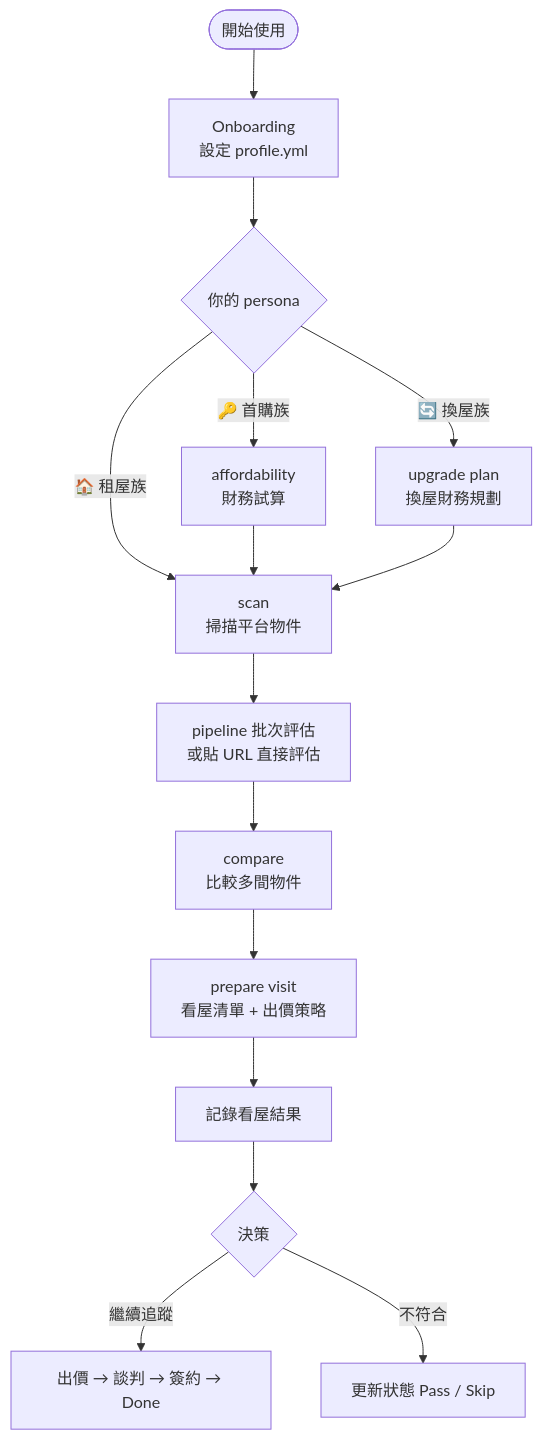
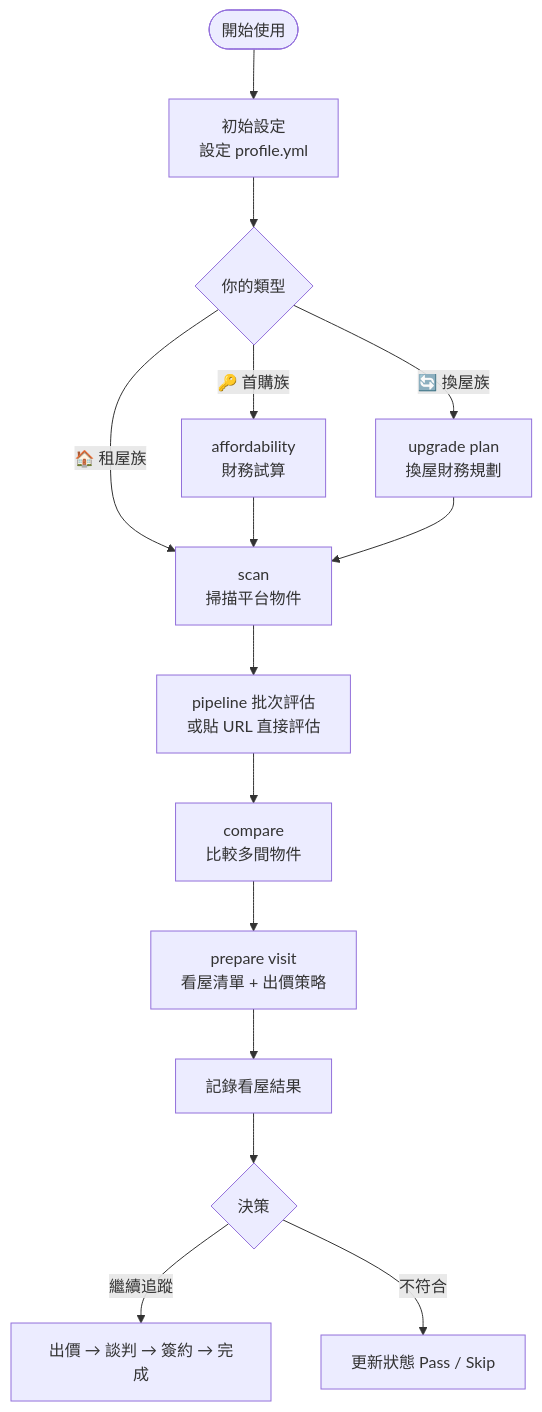
Before and after one commit to kylinfish/tw-house-ops: the first of 7 diagrams in TUTORIAL.md, drawn with Mermaid. The commit also changed other lines of this file and 1 other file, not shown here.

````diff
--- a/TUTORIAL.md
+++ b/TUTORIAL.md
@@ -17,21 +17,21 @@
 ```mermaid
 flowchart TD
-    Start([開始使用]) --> OB[Onboarding\n設定 profile.yml]
-    OB --> Type{你的 persona}
+    Start([開始使用]) --> OB[初始設定\n設定 profile.yml]
+    OB --> Type{你的類型}
 
     Type -->|🏠 租屋族| R_Scan
     Type -->|🔑 首購族| FB_Afford[affordability\n財務試算]
     Type -->|🔄 換屋族| UG_Switch[upgrade plan\n換屋財務規劃]
 
     FB_Afford --> R_Scan[scan\n掃描平台物件]
     UG_Switch --> R_Scan
 
     R_Scan --> Pipeline[pipeline 批次評估\n或貼 URL 直接評估]
     Pipeline --> Compare[compare\n比較多間物件]
     Compare --> Visit[prepare visit\n看屋清單 + 出價策略]
     Visit --> PostVisit[記錄看屋結果]
     PostVisit --> Decision{決策}
 
-    Decision -->|繼續追蹤| Offer[出價 → 談判 → 簽約 → Done]
+    Decision -->|繼續追蹤| Offer[出價 → 談判 → 簽約 → 完成]
     Decision -->|不符合| End[更新狀態 Pass / Skip]
 ```
````
